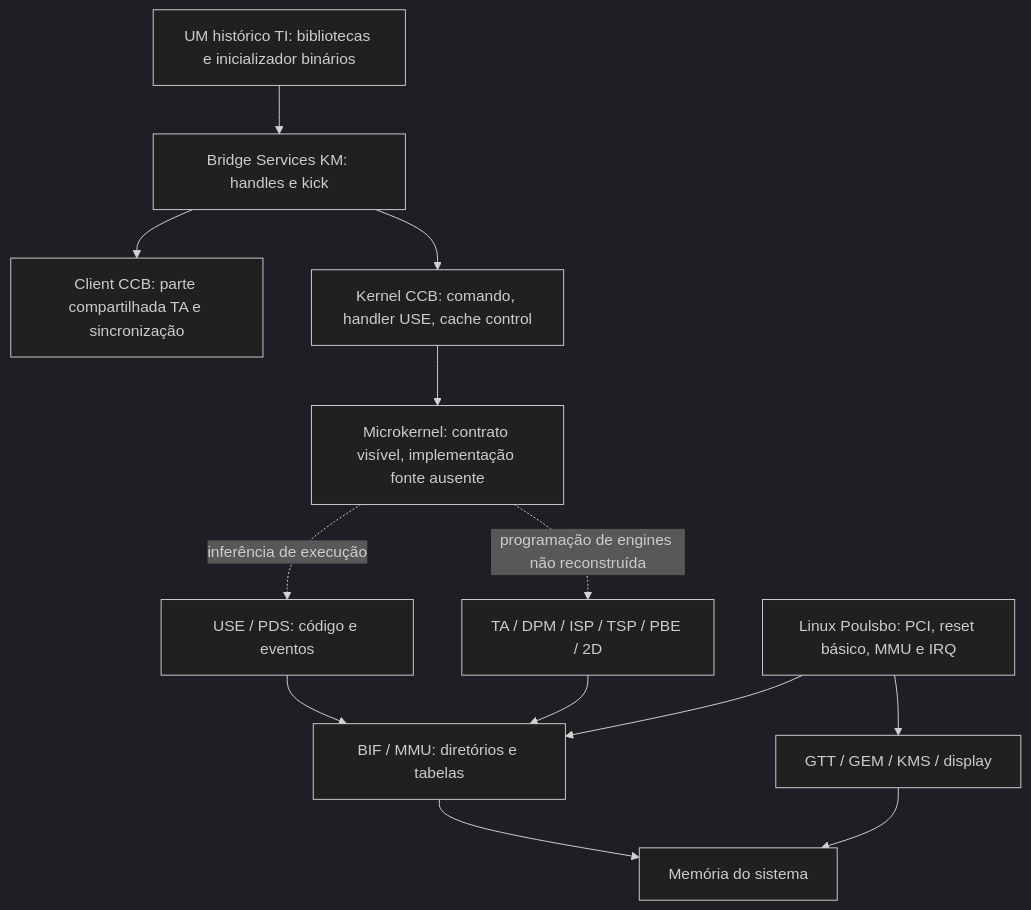
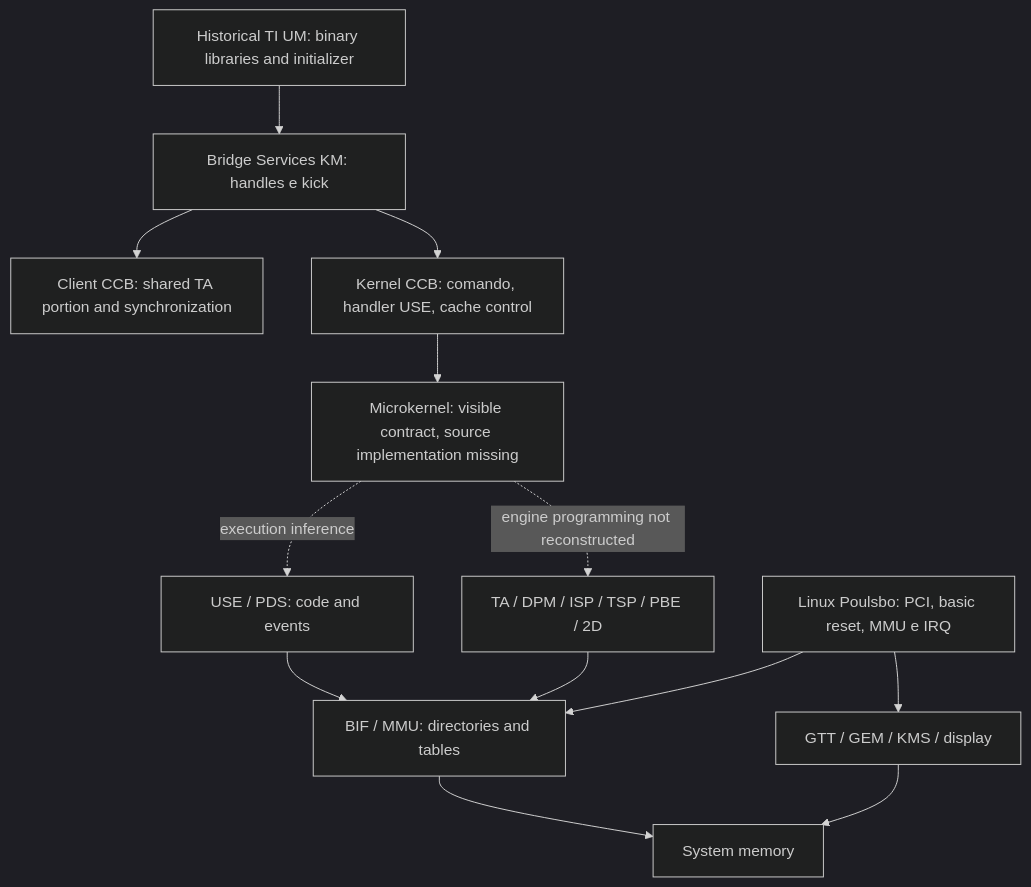
The diagram in docs/architecture.md (gabrieelgama/SGX535-reMESA), drawn with Mermaid (dark theme) before and after one commit. The commit also changed other lines of this file and 187 other files, not shown here.

````diff
--- a/docs/architecture.md
+++ b/docs/architecture.md
@@ -31,26 +31,26 @@
 ```mermaid
 flowchart TD
-    UM[UM histórico TI: bibliotecas e inicializador binários]
+    UM[Historical TI UM: binary libraries and initializer]
     BR[Bridge Services KM: handles e kick]
-    TA[Client CCB: parte compartilhada TA e sincronização]
+    TA[Client CCB: shared TA portion and synchronization]
     KC[Kernel CCB: comando, handler USE, cache control]
-    MK[Microkernel: contrato visível, implementação fonte ausente]
-    USE[USE / PDS: código e eventos]
+    MK[Microkernel: visible contract, source implementation missing]
+    USE[USE / PDS: code and events]
     ENG[TA / DPM / ISP / TSP / PBE / 2D]
-    BIF[BIF / MMU: diretórios e tabelas]
-    MEM[Memória do sistema]
-    PSB[Linux Poulsbo: PCI, reset básico, MMU e IRQ]
+    BIF[BIF / MMU: directories and tables]
+    MEM[System memory]
+    PSB[Linux Poulsbo: PCI, basic reset, MMU e IRQ]
     GTT[GTT / GEM / KMS / display]
     UM --> BR
     BR --> TA
     BR --> KC
     KC --> MK
-    MK -. inferência de execução .-> USE
-    MK -. programação de engines não reconstruída .-> ENG
+    MK -. execution inference .-> USE
+    MK -. engine programming not reconstructed .-> ENG
     USE --> BIF
     ENG --> BIF
     BIF --> MEM
     PSB --> BIF
     PSB --> GTT
     GTT --> MEM
 ```
````
